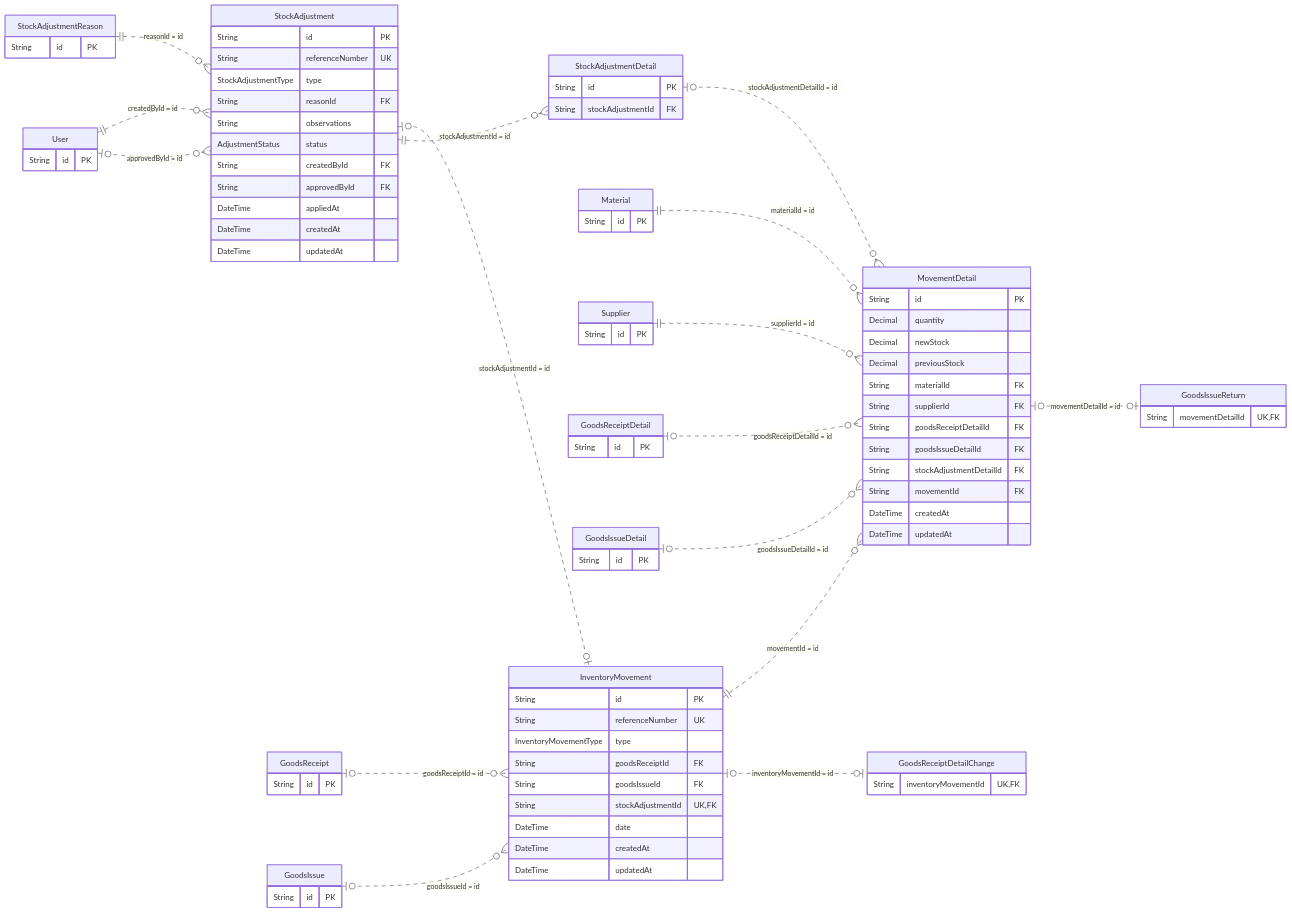
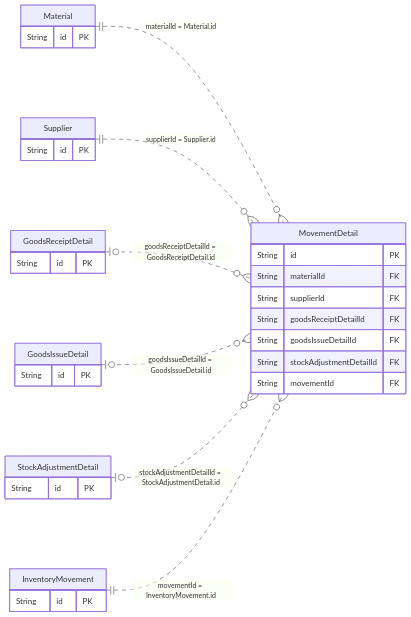
One commit to gpgsistemas01/nexus changed diagram 14 of 22 in docs/architecture/views/logical/data-and-persistence/generated/database-schema.md. Above: the diagram before and after it, drawn with Mermaid. The commit also changed other lines of this file and 4 other files, not shown here.

Commit message:
docs: simplificar vista lógica y aclarar relaciones del modelo ER

````diff
--- a/docs/architecture/views/logical/data-and-persistence/generated/database-schema.md
+++ b/docs/architecture/views/logical/data-and-persistence/generated/database-schema.md
@@ -638,52 +408,14 @@
 ```mermaid
 erDiagram
     direction LR
-    InventoryMovement {
-        String id PK
-        String referenceNumber UK
-        InventoryMovementType type
-        String goodsReceiptId FK
-        String goodsIssueId FK
-        String stockAdjustmentId UK,FK
-        DateTime date
-        DateTime createdAt
-        DateTime updatedAt
-    }
     MovementDetail {
         String id PK
-        Decimal quantity
-        Decimal newStock
-        Decimal previousStock
         String materialId FK
         String supplierId FK
         String goodsReceiptDetailId FK
         String goodsIssueDetailId FK
         String stockAdjustmentDetailId FK
         String movementId FK
-        DateTime createdAt
-        DateTime updatedAt
-    }
-    StockAdjustment {
-        String id PK
-        String referenceNumber UK
-        StockAdjustmentType type
-        String reasonId FK
-        String observations
-        AdjustmentStatus status
-        String createdById FK
-        String approvedById FK
-        DateTime appliedAt
-        DateTime createdAt
-        DateTime updatedAt
-    }
-    GoodsIssueReturn {
-        String movementDetailId UK,FK
-    }
-    GoodsReceipt {
-        String id PK
-    }
-    GoodsIssue {
-        String id PK
     }
     Material {
         String id PK
@@ -699,30 +431,14 @@
     }
     StockAdjustmentDetail {
         String id PK
-        String stockAdjustmentId FK
     }
-    StockAdjustmentReason {
+    InventoryMovement {
         String id PK
     }
-    User {
-        String id PK
-    }
-    GoodsReceiptDetailChange {
-        String inventoryMovementId UK,FK
-    }
-    MovementDetail o|..o| GoodsIssueReturn : "movementDetailId = id"
-    GoodsReceipt o|..o{ InventoryMovement : "goodsReceiptId = id"
-    GoodsIssue o|..o{ InventoryMovement : "goodsIssueId = id"
-    StockAdjustment o|..o| InventoryMovement : "stockAdjustmentId = id"
-    Material ||..o{ MovementDetail : "materialId = id"
-    Supplier ||..o{ MovementDetail : "supplierId = id"
-    GoodsReceiptDetail o|..o{ MovementDetail : "goodsReceiptDetailId = id"
-    GoodsIssueDetail o|..o{ MovementDetail : "goodsIssueDetailId = id"
-    StockAdjustmentDetail o|..o{ MovementDetail : "stockAdjustmentDetailId = id"
-    InventoryMovement ||..o{ MovementDetail : "movementId = id"
-    StockAdjustmentReason ||..o{ StockAdjustment : "reasonId = id"
-    User ||..o{ StockAdjustment : "createdById = id"
-    User o|..o{ StockAdjustment : "approvedById = id"
-    StockAdjustment ||..o{ StockAdjustmentDetail : "stockAdjustmentId = id"
-    InventoryMovement o|..o| GoodsReceiptDetailChange : "inventoryMovementId = id"
+    Material ||..o{ MovementDetail : "materialId = Material.id"
+    Supplier ||..o{ MovementDetail : "supplierId = Supplier.id"
+    GoodsReceiptDetail o|..o{ MovementDetail : "goodsReceiptDetailId = GoodsReceiptDetail.id"
+    GoodsIssueDetail o|..o{ MovementDetail : "goodsIssueDetailId = GoodsIssueDetail.id"
+    StockAdjustmentDetail o|..o{ MovementDetail : "stockAdjustmentDetailId = StockAdjustmentDetail.id"
+    InventoryMovement ||..o{ MovementDetail : "movementId = InventoryMovement.id"
 ```
````
